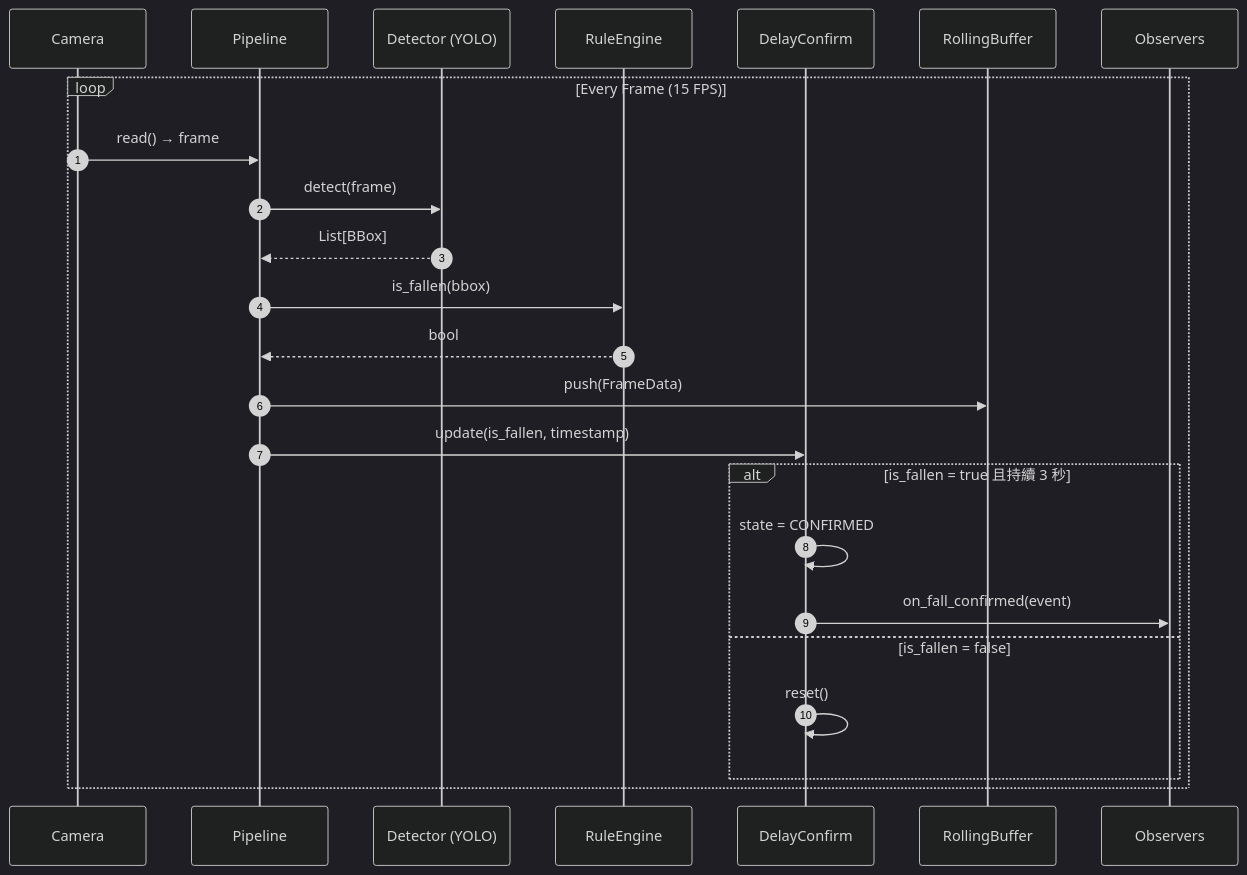
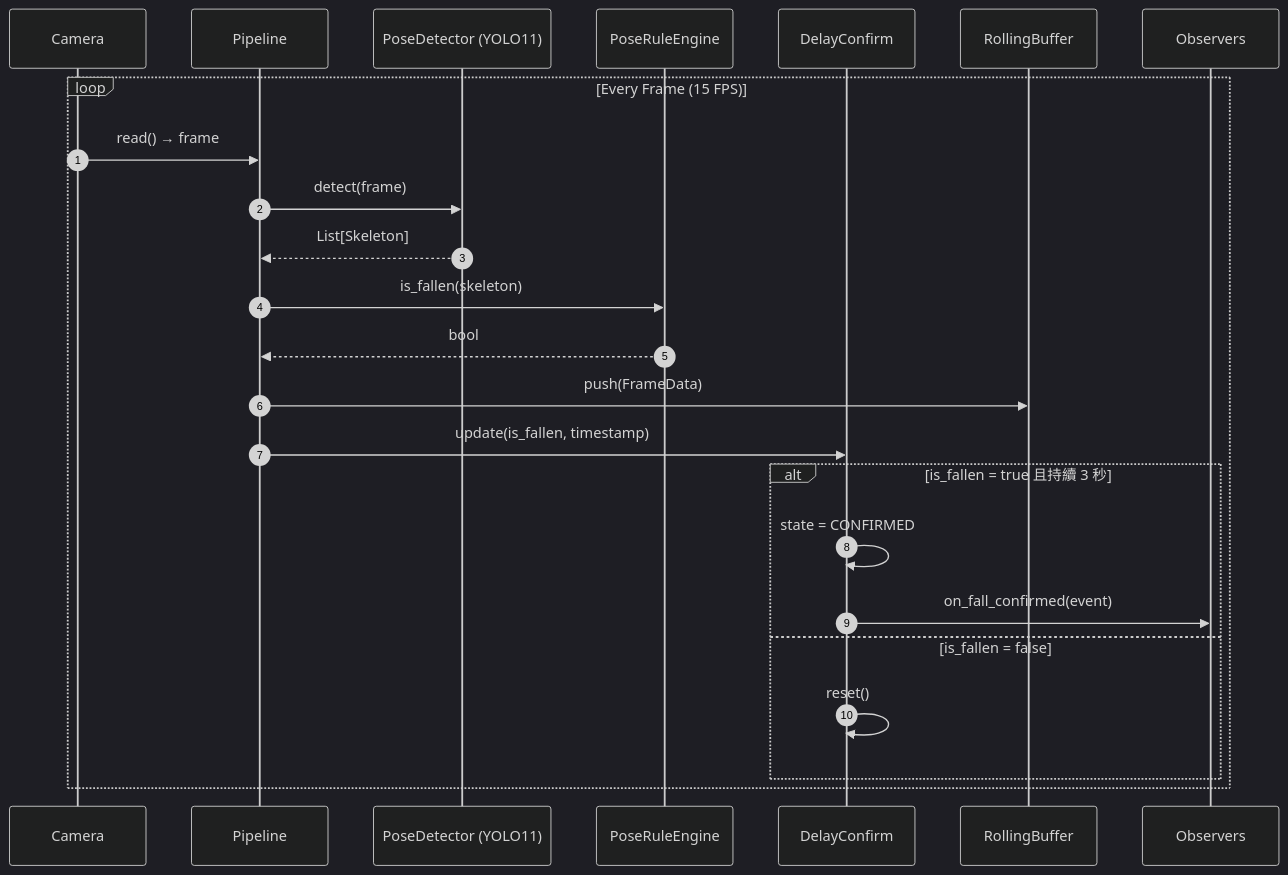
One commit to kionce57/FDS changed the fourth of 8 diagrams in docs/ARCHITECTURE.md. Above: the diagram before and after it, drawn with Mermaid (dark theme). The commit also changed other lines of this file, not shown here.

First line of the commit message:
docs: update ARCHITECTURE.md after cloud sync removal

````diff
--- a/docs/ARCHITECTURE.md
+++ b/docs/ARCHITECTURE.md
@@ -156,28 +142,28 @@
 ```mermaid
 sequenceDiagram
     autonumber
     participant Cam as Camera
     participant Pip as Pipeline
-    participant Det as Detector (YOLO)
-    participant Rule as RuleEngine
+    participant Det as PoseDetector (YOLO11)
+    participant Rule as PoseRuleEngine
     participant Delay as DelayConfirm
     participant Buf as RollingBuffer
     participant Obs as Observers
 
     loop Every Frame (15 FPS)
         Cam->>Pip: read() → frame
         Pip->>Det: detect(frame)
-        Det-->>Pip: List[BBox]
-        Pip->>Rule: is_fallen(bbox)
+        Det-->>Pip: List[Skeleton]
+        Pip->>Rule: is_fallen(skeleton)
         Rule-->>Pip: bool
         Pip->>Buf: push(FrameData)
         Pip->>Delay: update(is_fallen, timestamp)
 
         alt is_fallen = true 且持續 3 秒
             Delay->>Delay: state = CONFIRMED
             Delay->>Obs: on_fall_confirmed(event)
         else is_fallen = false
             Delay->>Delay: reset()
         end
     end
 ```
````
